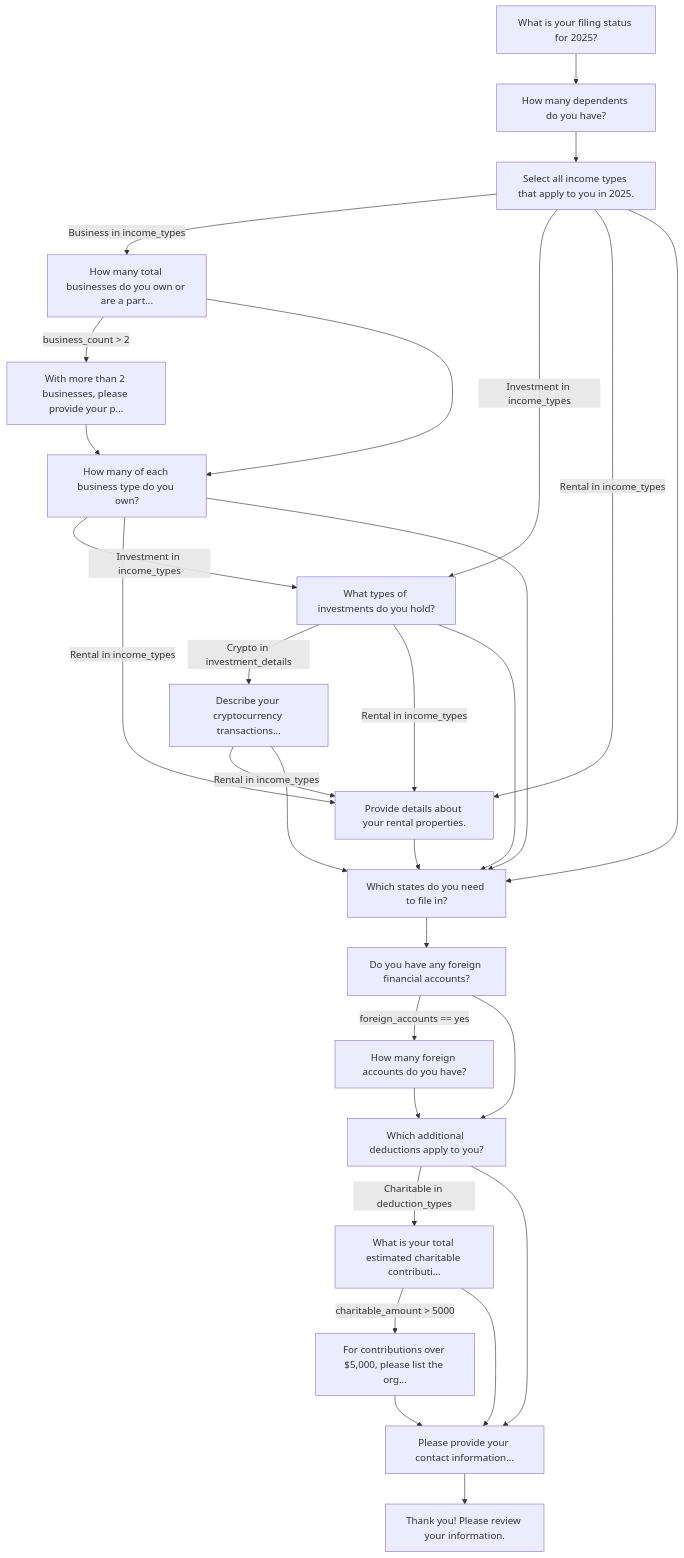
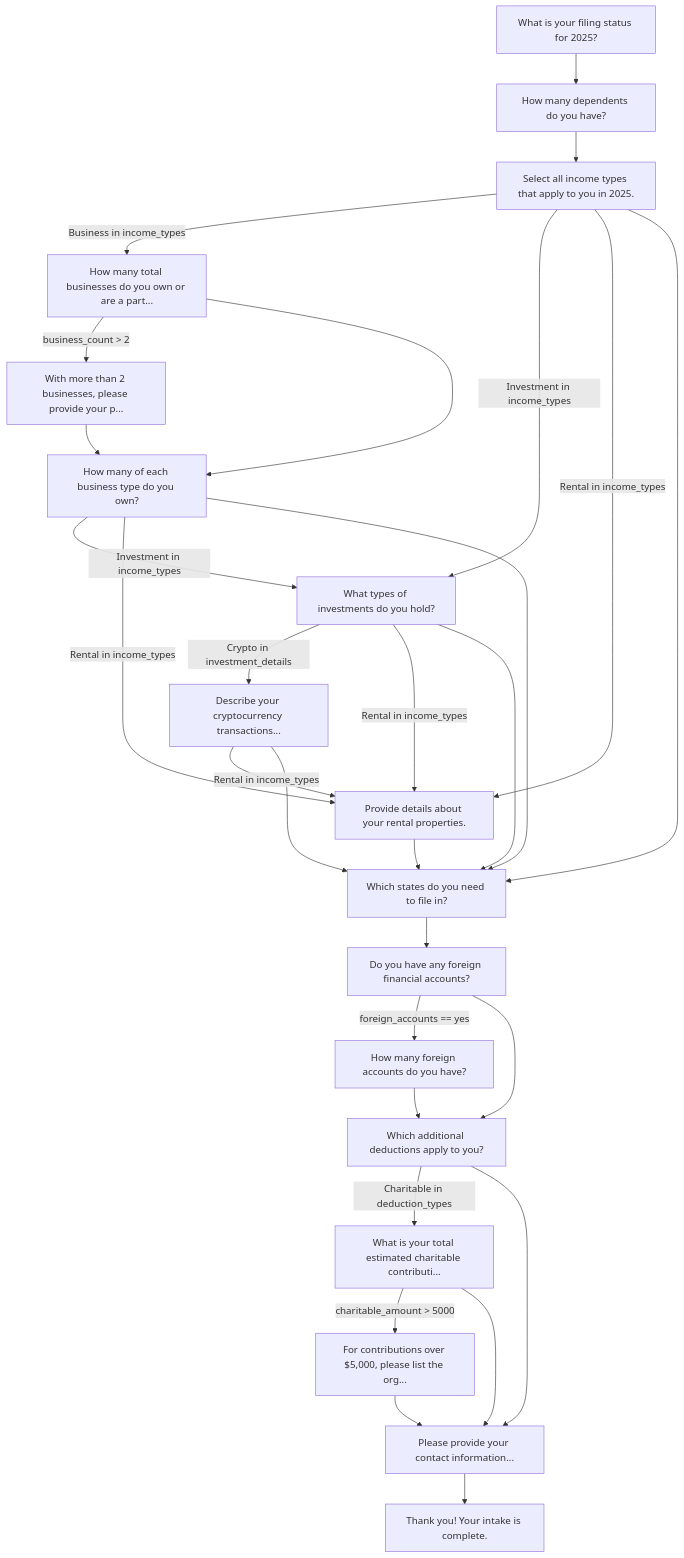
The second of 2 diagrams in README.md (kigster/flowengine-cli), drawn with Mermaid before and after one commit. The commit also changed other lines of this file, not shown here.

````diff
--- a/README.md
+++ b/README.md
@@ -450,48 +1035,48 @@
 ```mermaid
 flowchart TD
   filing_status["What is your filing status for 2025?"]
   filing_status --> dependents
   dependents["How many dependents do you have?"]
   dependents --> income_types
   income_types["Select all income types that apply to you in 2025."]
   income_types -->|"Business in income_types"| business_count
   income_types -->|"Investment in income_types"| investment_details
   income_types -->|"Rental in income_types"| rental_details
   income_types --> state_filing
   business_count["How many total businesses do you own or are a part..."]
   business_count -->|"business_count > 2"| complex_business_info
   business_count --> business_details
   complex_business_info["With more than 2 businesses, please provide your p..."]
   complex_business_info --> business_details
   business_details["How many of each business type do you own?"]
   business_details -->|"Investment in income_types"| investment_details
   business_details -->|"Rental in income_types"| rental_details
   business_details --> state_filing
   investment_details["What types of investments do you hold?"]
   investment_details -->|"Crypto in investment_details"| crypto_details
   investment_details -->|"Rental in income_types"| rental_details
   investment_details --> state_filing
   crypto_details["Describe your cryptocurrency transactions..."]
   crypto_details -->|"Rental in income_types"| rental_details
   crypto_details --> state_filing
   rental_details["Provide details about your rental properties."]
   rental_details --> state_filing
   state_filing["Which states do you need to file in?"]
   state_filing --> foreign_accounts
   foreign_accounts["Do you have any foreign financial accounts?"]
   foreign_accounts -->|"foreign_accounts == yes"| foreign_account_details
   foreign_accounts --> deduction_types
   foreign_account_details["How many foreign accounts do you have?"]
   foreign_account_details --> deduction_types
   deduction_types["Which additional deductions apply to you?"]
   deduction_types -->|"Charitable in deduction_types"| charitable_amount
   deduction_types --> contact_info
   charitable_amount["What is your total estimated charitable contributi..."]
   charitable_amount -->|"charitable_amount > 5000"| charitable_documentation
   charitable_amount --> contact_info
   charitable_documentation["For contributions over $5,000, please list the org..."]
   charitable_documentation --> contact_info
   contact_info["Please provide your contact information..."]
   contact_info --> review
-  review["Thank you! Please review your information."]
+  review["Thank you! Your intake is complete."]
 ```
````
